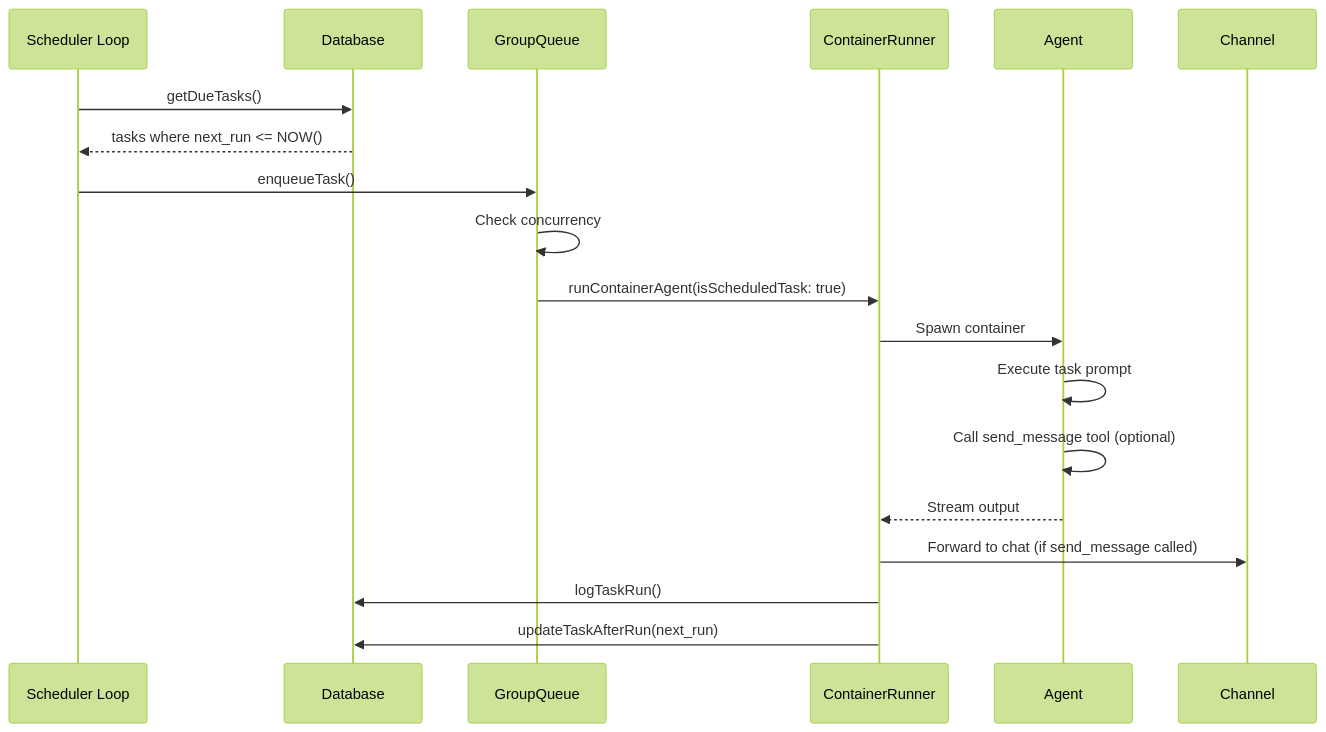
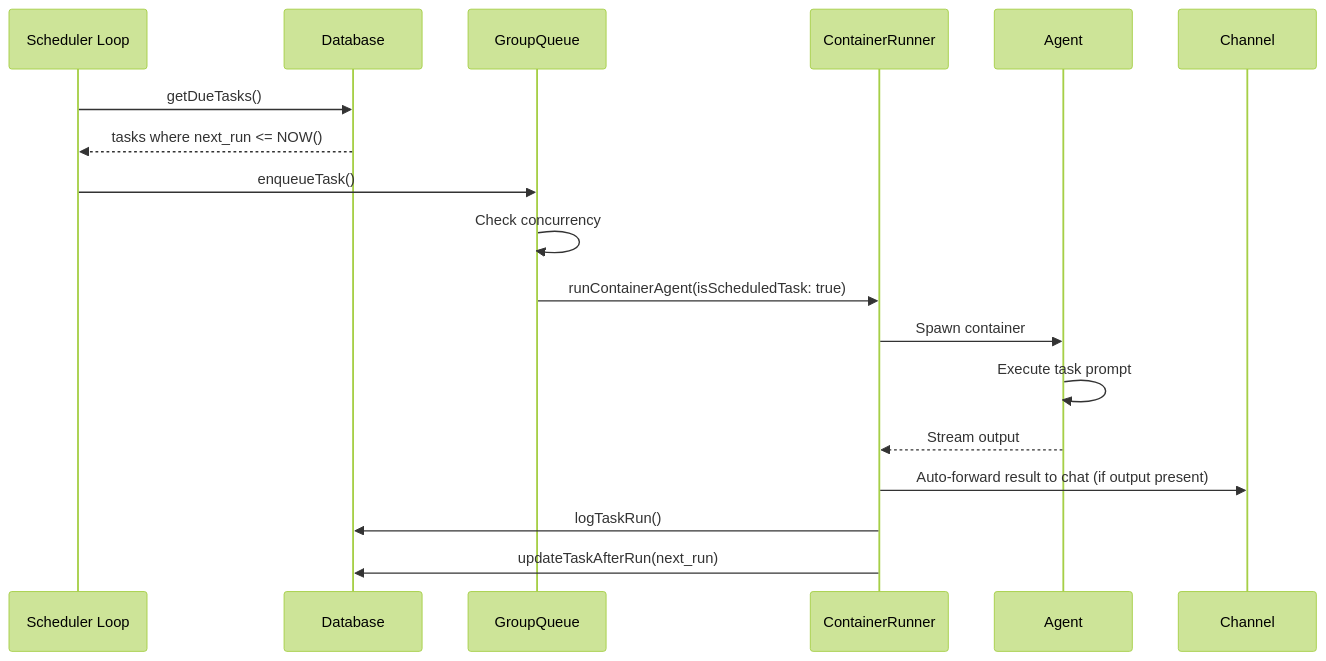
Before and after one commit to glifocat/nanoclaw-docs: the diagram in concepts/tasks.mdx, drawn with Mermaid (forest theme). The commit also changed other lines of this file and 12 other files, not shown here.

````diff
--- a/concepts/tasks.mdx
+++ b/concepts/tasks.mdx
@@ -104,22 +104,21 @@
 ```mermaid
 sequenceDiagram
     participant SCH as Scheduler Loop
     participant DB as Database
     participant GQ as GroupQueue
     participant CR as ContainerRunner
     participant AG as Agent
     participant CH as Channel
     
     SCH->>DB: getDueTasks()
     DB-->>SCH: tasks where next_run <= NOW()
     SCH->>GQ: enqueueTask()
     GQ->>GQ: Check concurrency
     GQ->>CR: runContainerAgent(isScheduledTask: true)
     CR->>AG: Spawn container
     AG->>AG: Execute task prompt
-    AG->>AG: Call send_message tool (optional)
     AG-->>CR: Stream output
-    CR->>CH: Forward to chat (if send_message called)
+    CR->>CH: Auto-forward result to chat (if output present)
     CR->>DB: logTaskRun()
     CR->>DB: updateTaskAfterRun(next_run)
 ```
````
